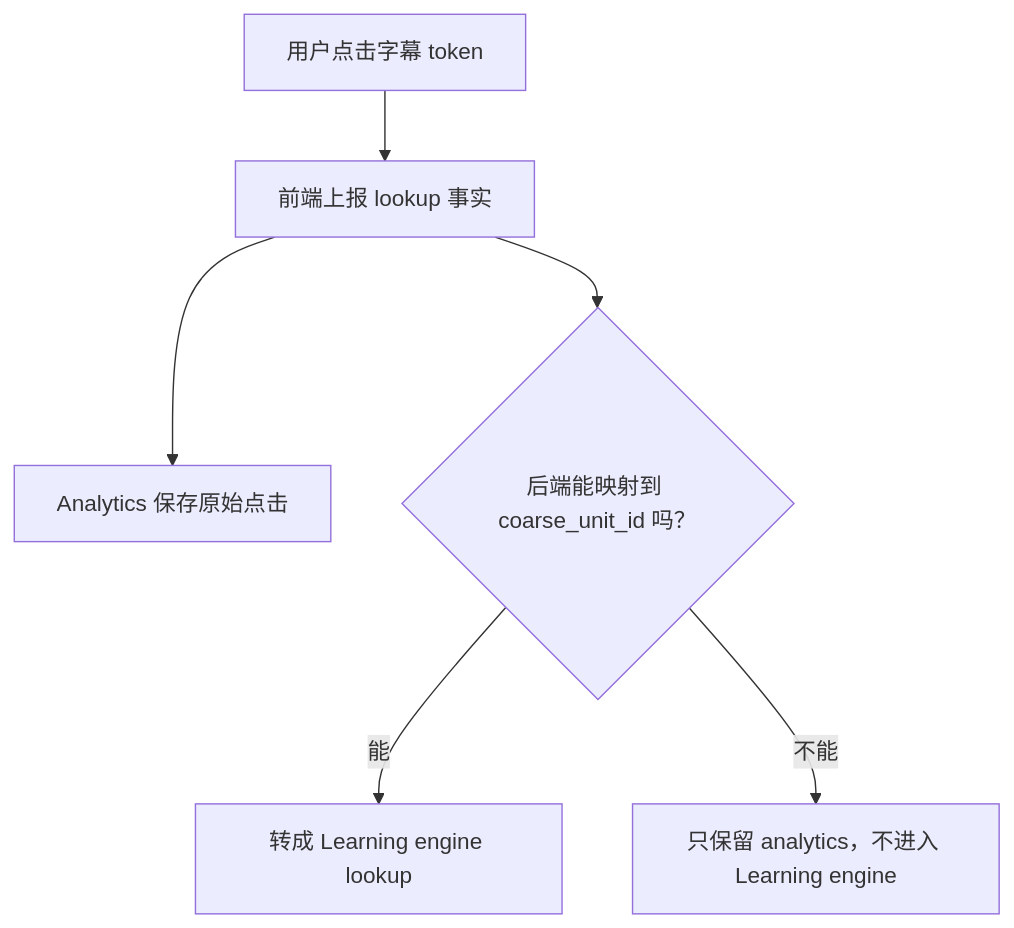
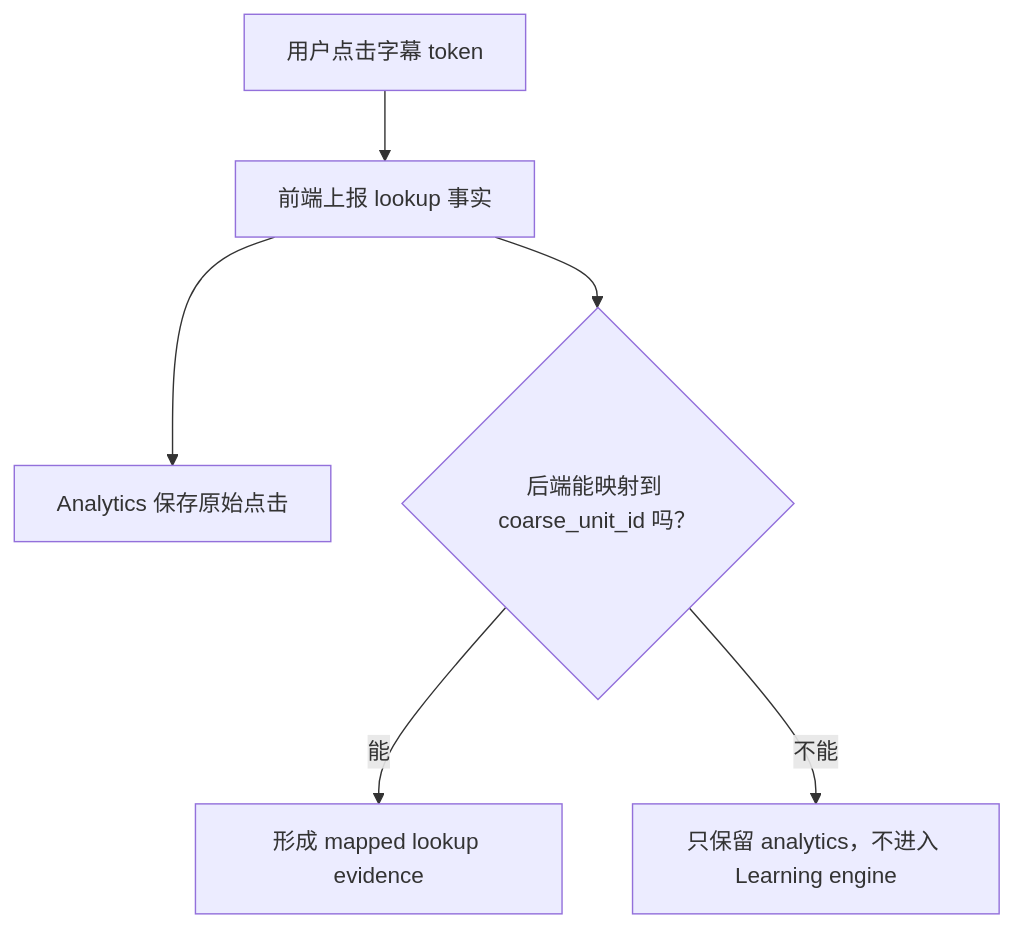
One commit to bionicotaku/learning-video-recommendation-system changed the sixth of 13 diagrams in docs/学习互动信号语义设计.md. Above: the diagram before and after it, drawn with Mermaid. The commit also changed other lines of this file and 5 other files, not shown here.

````diff
--- a/docs/学习互动信号语义设计.md
+++ b/docs/学习互动信号语义设计.md
@@ -192,8 +261,8 @@
 ```mermaid
 flowchart TD
     A["用户点击字幕 token"] --> B["前端上报 lookup 事实"]
     B --> C["Analytics 保存原始点击"]
     B --> D{"后端能映射到 coarse_unit_id 吗？"}
-    D -->|能| E["转成 Learning engine lookup"]
+    D -->|能| E["形成 mapped lookup evidence"]
     D -->|不能| F["只保留 analytics，不进入 Learning engine"]
 ```
````
